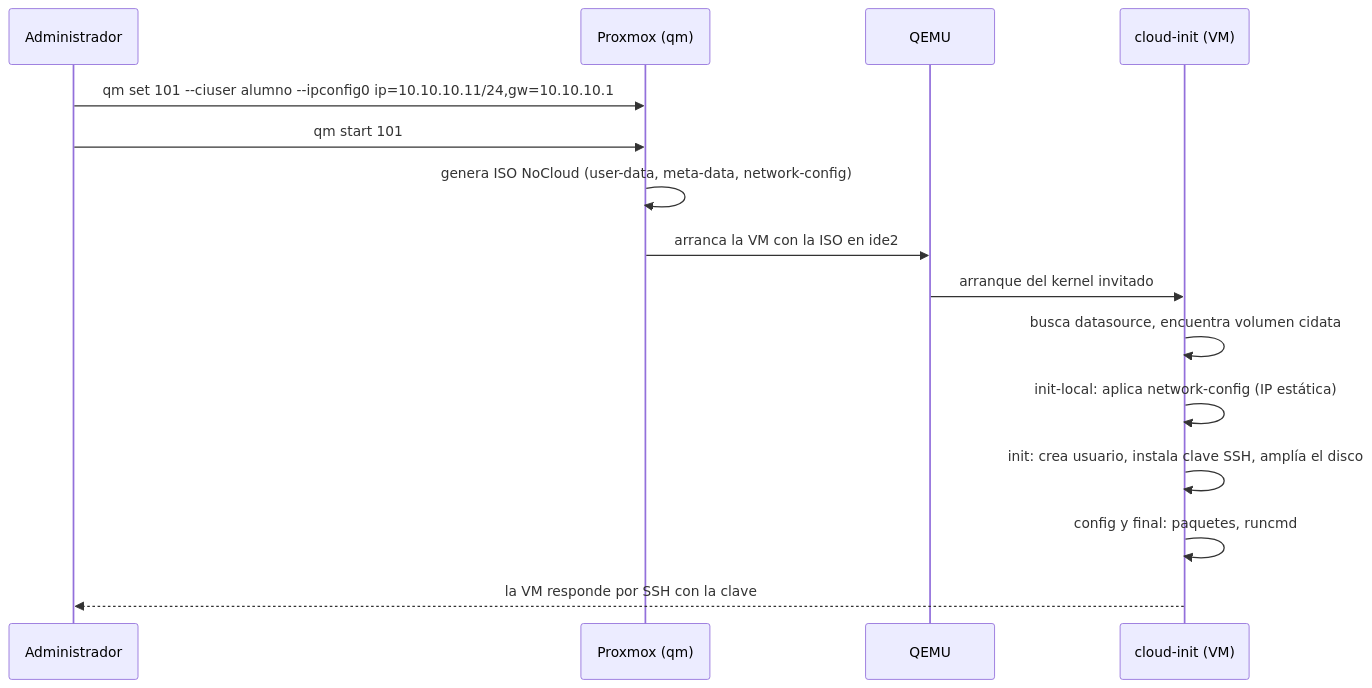
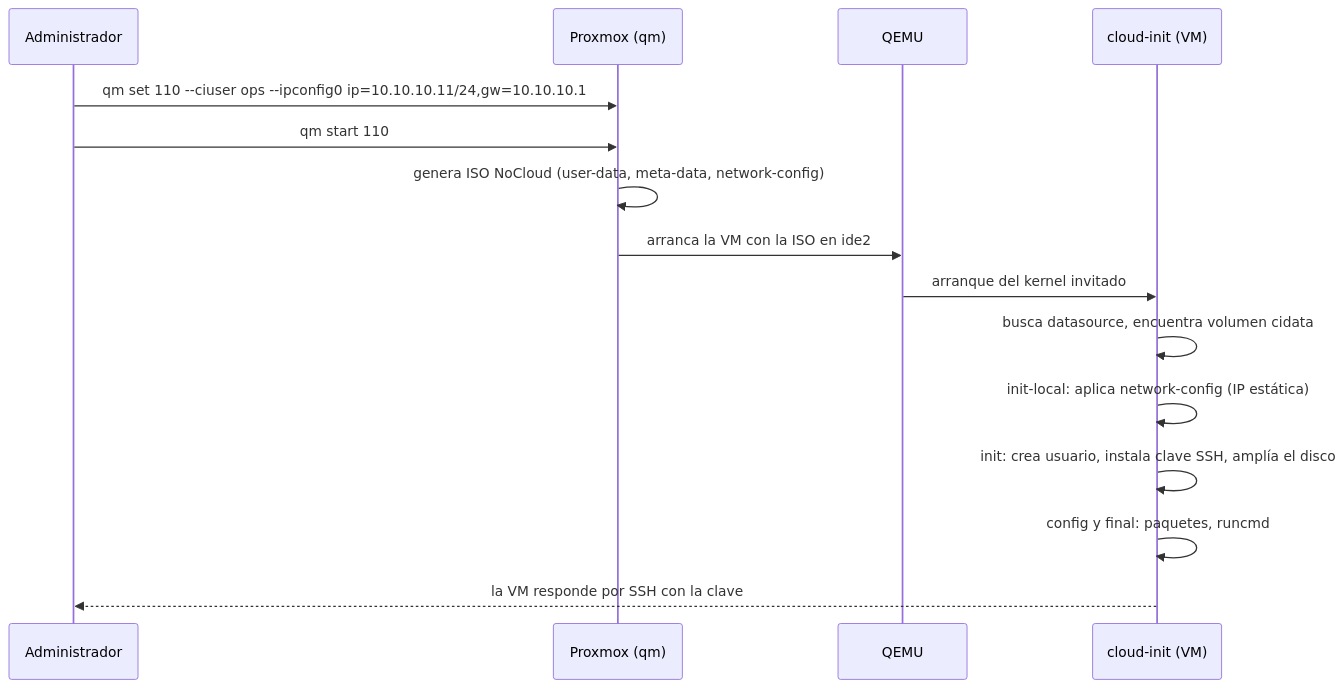
Before and after one commit to victor-educ/apuntes-5166: the eighth of 14 diagrams in docs/ut/ut1-virtualizacion.md, drawn with Mermaid. The commit also changed other lines of this file and 15 other files, not shown here.

````diff
--- a/docs/ut/ut1-virtualizacion.md
+++ b/docs/ut/ut1-virtualizacion.md
@@ -578,17 +578,17 @@
 ```mermaid
 sequenceDiagram
     participant A as Administrador
     participant P as Proxmox (qm)
     participant Q as QEMU
     participant C as cloud-init (VM)
-    A->>P: qm set 101 --ciuser alumno --ipconfig0 ip=10.10.10.11/24,gw=10.10.10.1
-    A->>P: qm start 101
+    A->>P: qm set 110 --ciuser ops --ipconfig0 ip=10.10.10.11/24,gw=10.10.10.1
+    A->>P: qm start 110
     P->>P: genera ISO NoCloud (user-data, meta-data, network-config)
     P->>Q: arranca la VM con la ISO en ide2
     Q->>C: arranque del kernel invitado
     C->>C: busca datasource, encuentra volumen cidata
     C->>C: init-local: aplica network-config (IP estática)
     C->>C: init: crea usuario, instala clave SSH, amplía el disco
     C->>C: config y final: paquetes, runcmd
     C-->>A: la VM responde por SSH con la clave
 ```
````
